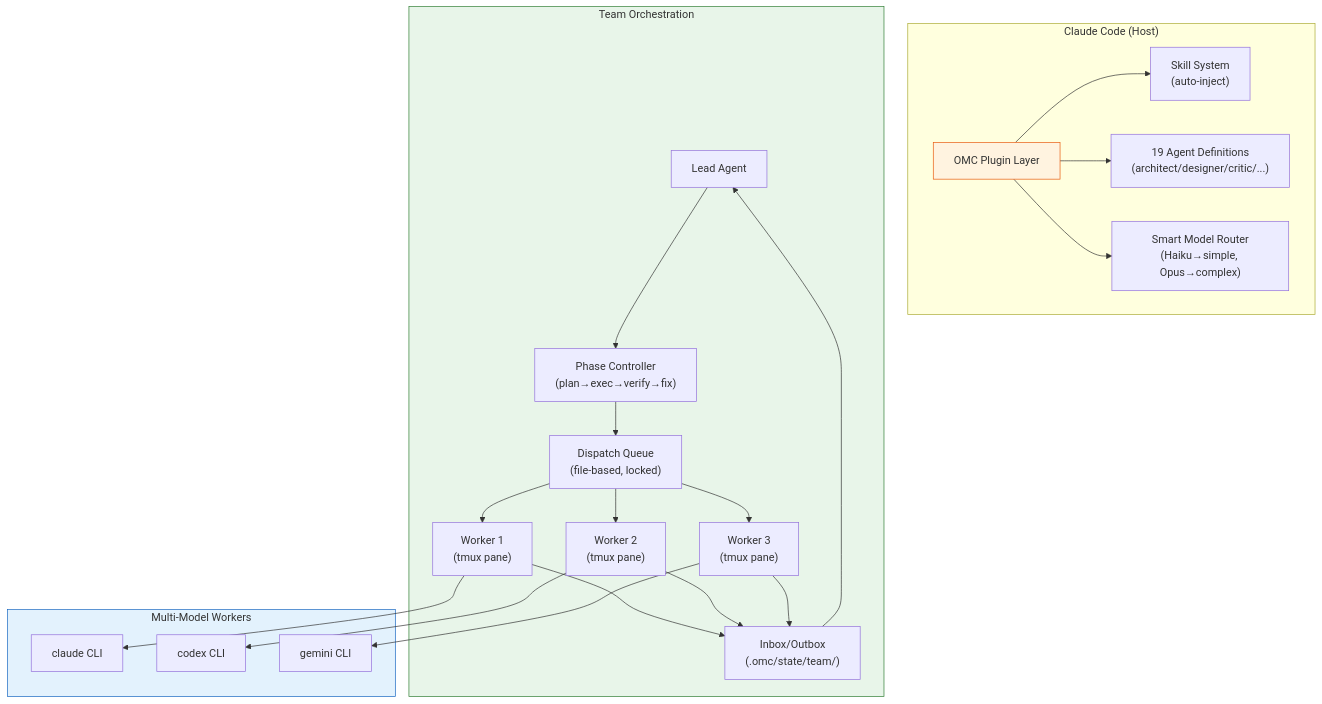
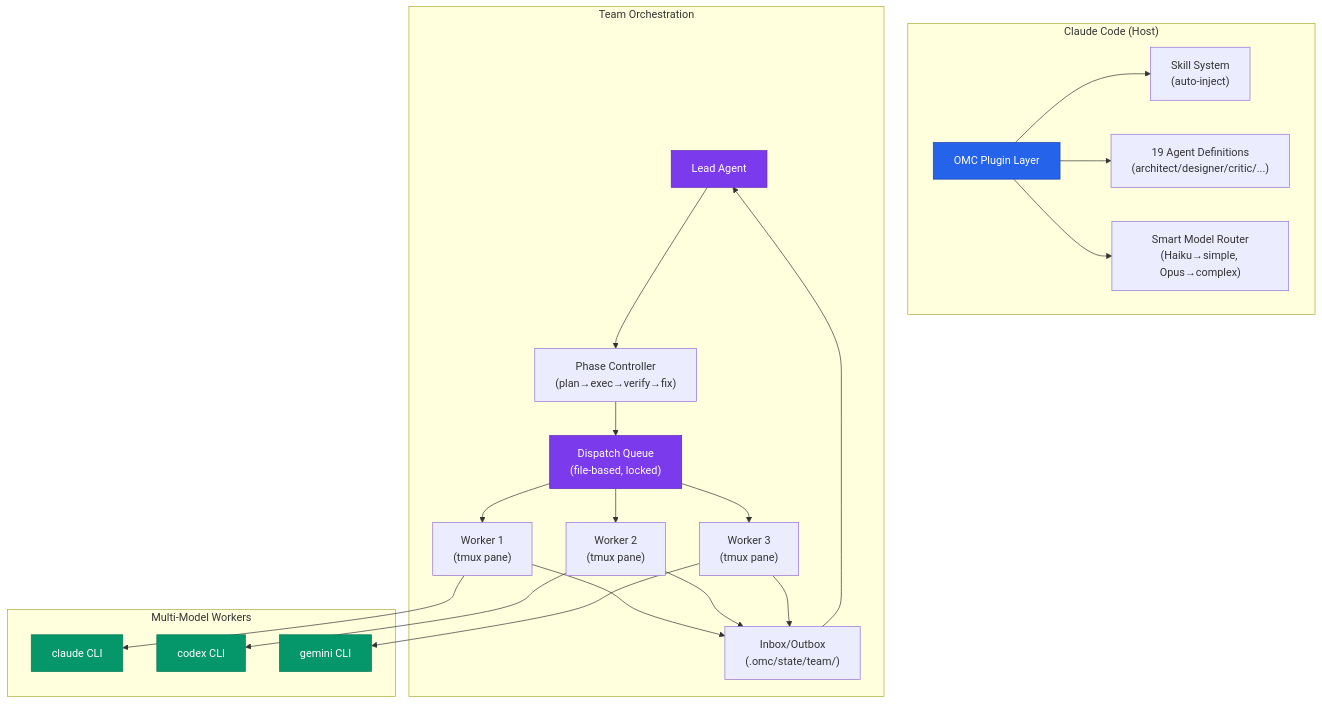
The first of 3 diagrams in oh-my-claudecode/README.md (Codeblackbyshazzy/awesome-ai-anatomy), drawn with Mermaid before and after one commit. The commit also changed other lines of this file and 4 other files, not shown here.

Commit message:
style: unified Mermaid color scheme across all teardowns

````diff
--- a/oh-my-claudecode/README.md
+++ b/oh-my-claudecode/README.md
@@ -27,35 +27,44 @@
 ```mermaid
 flowchart TB
     subgraph CC["Claude Code (Host)"]
         OMC["OMC Plugin Layer"]
         OMC --> SKILL["Skill System\n(auto-inject)"]
         OMC --> AGENTS["19 Agent Definitions\n(architect/designer/critic/...)"]
         OMC --> ROUTER["Smart Model Router\n(Haiku→simple, Opus→complex)"]
     end
 
     subgraph TEAM["Team Orchestration"]
         LEAD["Lead Agent"] --> PHASE["Phase Controller\n(plan→exec→verify→fix)"]
         PHASE --> DISPATCH["Dispatch Queue\n(file-based, locked)"]
         DISPATCH --> W1["Worker 1\n(tmux pane)"]
         DISPATCH --> W2["Worker 2\n(tmux pane)"]
         DISPATCH --> W3["Worker 3\n(tmux pane)"]
         W1 --> INBOX["Inbox/Outbox\n(.omc/state/team/)"]
         W2 --> INBOX
         W3 --> INBOX
         INBOX --> LEAD
     end
 
     subgraph MULTI["Multi-Model Workers"]
         CLAUDE["claude CLI"]
         CODEX["codex CLI"]
         GEMINI["gemini CLI"]
     end
 
     W1 --> CLAUDE
     W2 --> CODEX
     W3 --> GEMINI
 
-    style OMC fill:#fff3e0,stroke:#e8590c
-    style TEAM fill:#e8f5e9,stroke:#2e7d32
-    style MULTI fill:#e3f2fd,stroke:#1565c0
+    classDef primary fill:#2563eb,stroke:#1e40af,color:#fff
+    classDef secondary fill:#7c3aed,stroke:#5b21b6,color:#fff
+    classDef accent fill:#059669,stroke:#047857,color:#fff
+    classDef warn fill:#d97706,stroke:#b45309,color:#fff
+    classDef neutral fill:#374151,stroke:#1f2937,color:#fff
+
+    class OMC primary
+    class LEAD secondary
+    class DISPATCH secondary
+    class CLAUDE accent
+    class CODEX accent
+    class GEMINI accent
 ```
````
